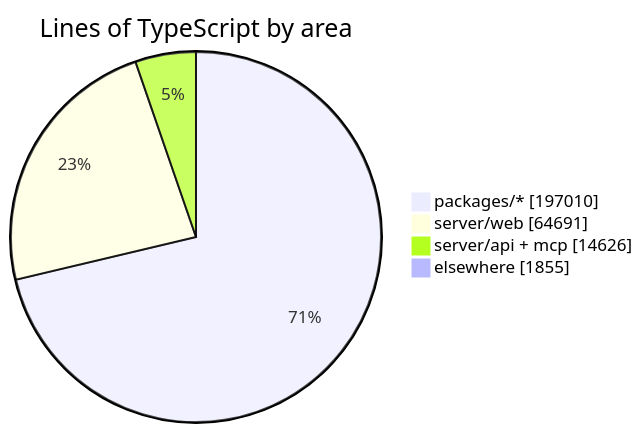
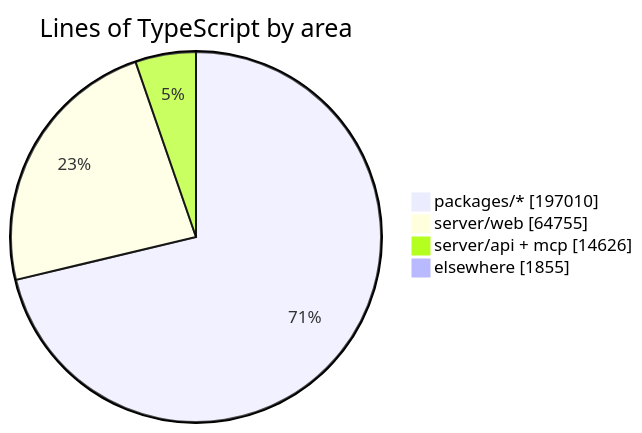
Before and after one commit to crossworks-engineering/mantle: the diagram in README.md, drawn with Mermaid. The commit also changed other lines of this file and 2 other files, not shown here.

````diff
--- a/README.md
+++ b/README.md
@@ -287,7 +287,7 @@
 ```mermaid
 pie showData title Lines of TypeScript by area
     "packages/*" : 197010
-    "server/web" : 64691
+    "server/web" : 64755
     "server/api + mcp" : 14626
     "elsewhere" : 1855
 ```
````
